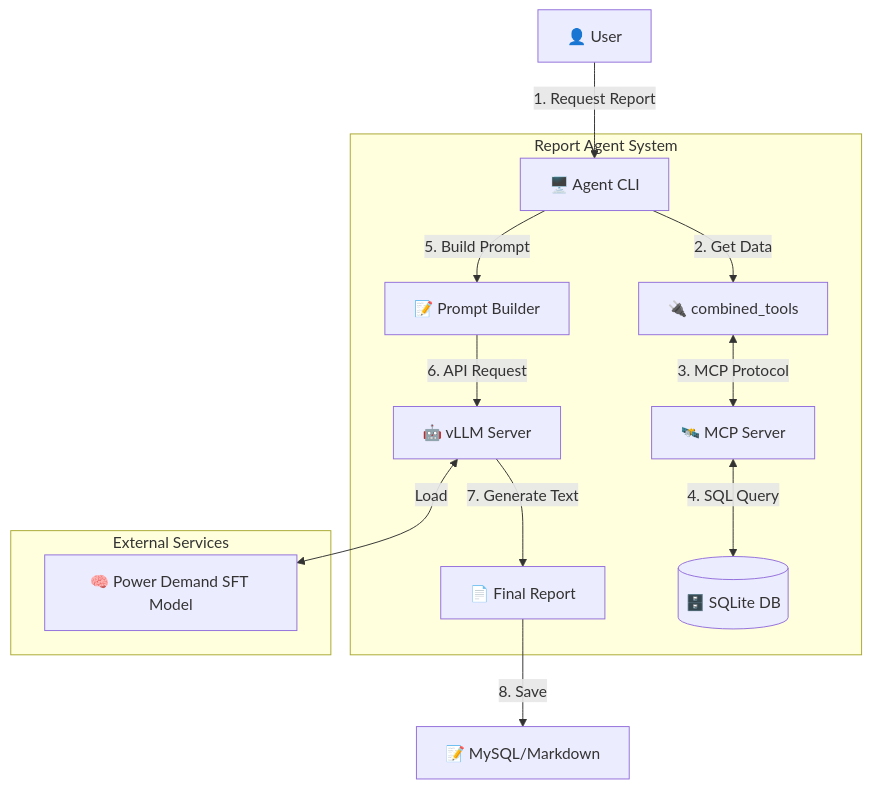
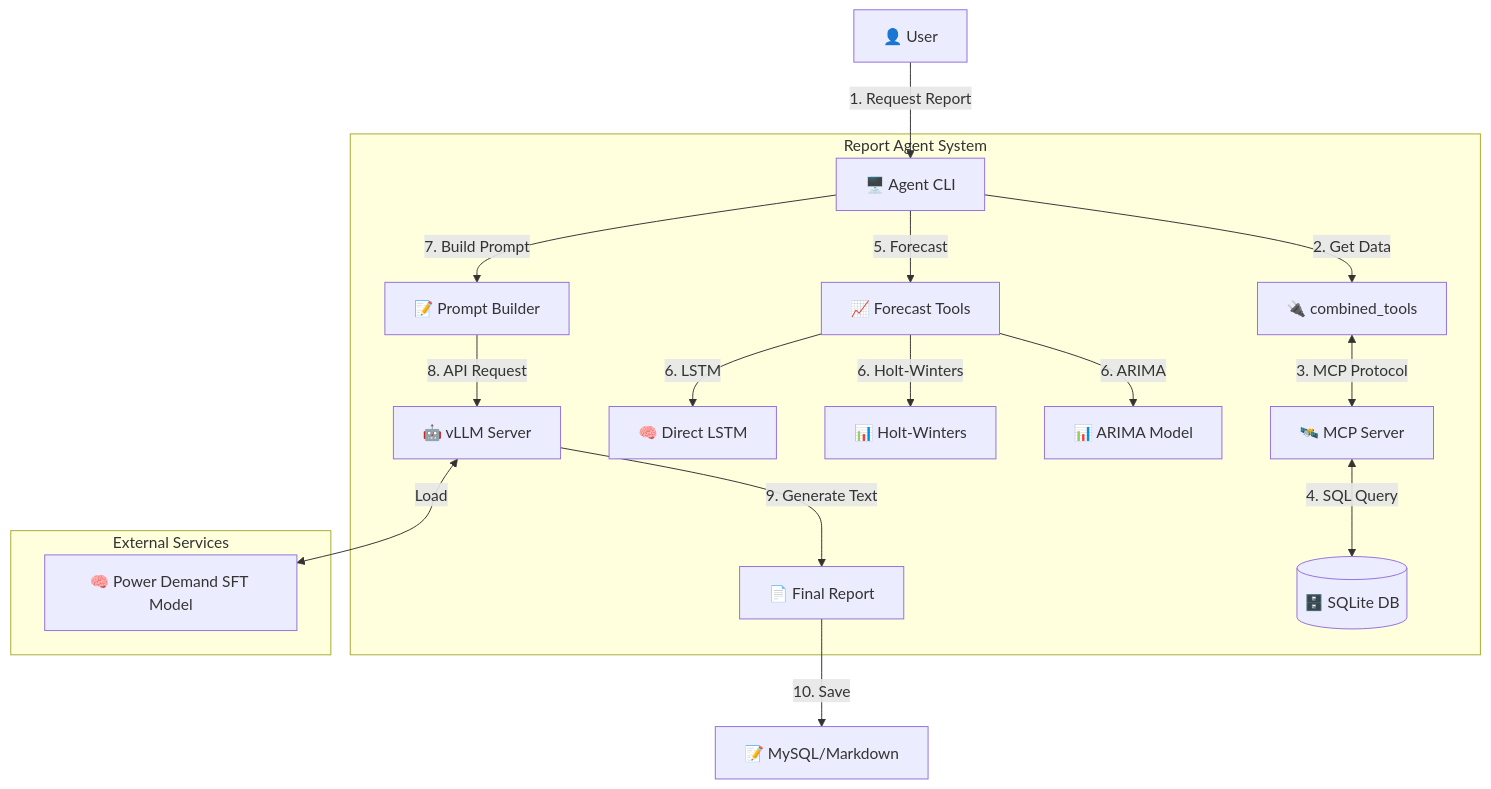
One commit to zongseung/De-Qwen-SFT changed the diagram in report_agent/README.md. Above: the diagram before and after it, drawn with Mermaid. The commit also changed other lines of this file, not shown here.

````diff
--- a/report_agent/README.md
+++ b/report_agent/README.md
@@ -9,20 +9,25 @@
 ```mermaid
 graph TD
     User[👤 User] -->|1. Request Report| CLI[🖥️ Agent CLI]
-    
+
     subgraph "Report Agent System"
         CLI -->|2. Get Data| MCPclient[🔌 combined_tools]
         MCPclient <-->|3. MCP Protocol| MCPServer[🛰️ MCP Server]
         MCPServer <-->|4. SQL Query| DB[(🗄️ SQLite DB)]
-        
-        CLI -->|5. Build Prompt| Prompt[📝 Prompt Builder]
-        Prompt -->|6. API Request| vLLM[🤖 vLLM Server]
-        vLLM -->|7. Generate Text| Report[📄 Final Report]
+
+        CLI -->|5. Forecast| Forecast[📈 Forecast Tools]
+        Forecast -->|6. ARIMA| ARIMA[📊 ARIMA Model]
+        Forecast -->|6. Holt-Winters| HW[📊 Holt-Winters]
+        Forecast -->|6. LSTM| LSTM[🧠 Direct LSTM]
+
+        CLI -->|7. Build Prompt| Prompt[📝 Prompt Builder]
+        Prompt -->|8. API Request| vLLM[🤖 vLLM Server]
+        vLLM -->|9. Generate Text| Report[📄 Final Report]
     end
-    
+
     subgraph "External Services"
         vLLM <-->|Load| Model[🧠 Power Demand SFT Model]
     end
-    
-    Report -->|8. Save| Markdown[📝 MySQL/Markdown]
+
+    Report -->|10. Save| Markdown[📝 MySQL/Markdown]
 ```
````
